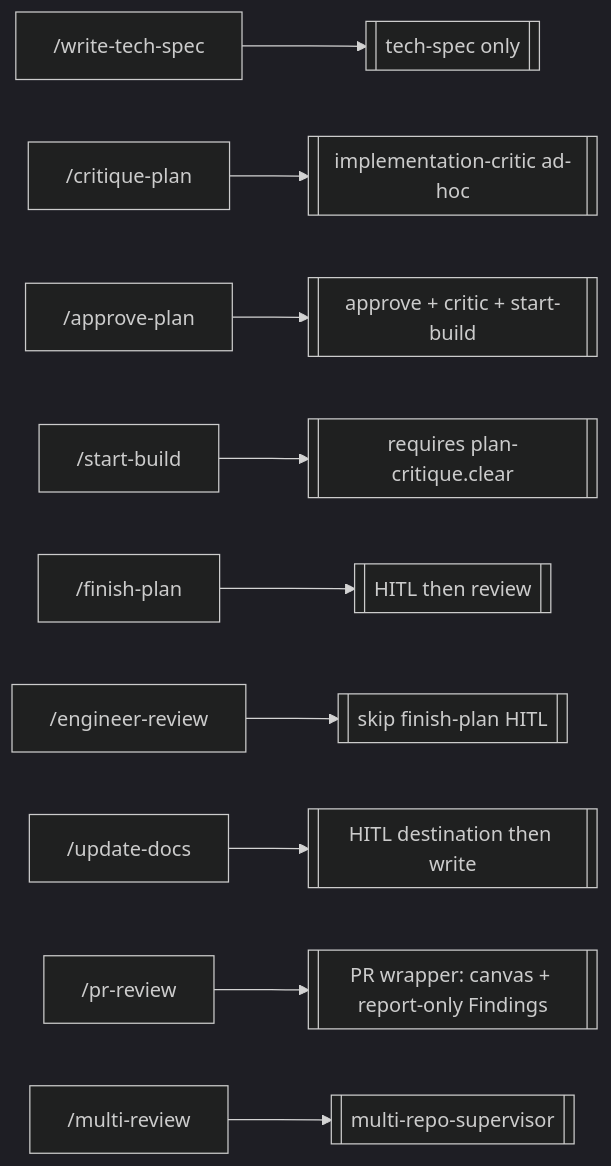
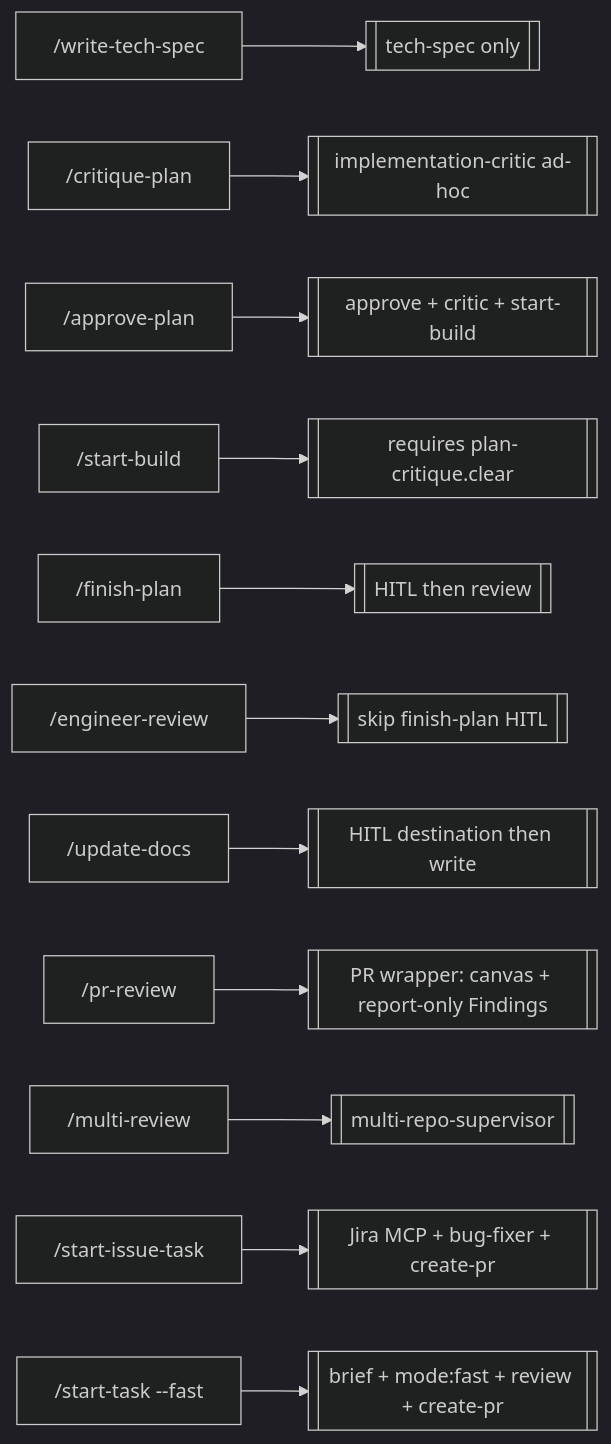
One commit to a-trembak/cursor-spells changed the ninth of 11 diagrams in docs/superpowers/pipeline-flow.md. Above: the diagram before and after it, drawn with Mermaid (dark theme). The commit also changed other lines of this file and 36 other files, not shown here.

First line of the commit message:
Add bug-fix issue/fast pipelines, create-pr finale, and AskQuestion always-on.

````diff
--- a/docs/superpowers/pipeline-flow.md
+++ b/docs/superpowers/pipeline-flow.md
@@ -342,12 +346,14 @@
 ```mermaid
 flowchart LR
   writeSpec["/write-tech-spec"] --> techOnly[["tech-spec only"]]
   critique["/critique-plan"] --> criticOnly[["implementation-critic ad-hoc"]]
   approve["/approve-plan"] --> approveFlow[["approve + critic + start-build"]]
   build["/start-build"] --> buildOnly[["requires plan-critique.clear"]]
   finish["/finish-plan"] --> finishFlow[["HITL then review"]]
   eng["/engineer-review"] --> reviewDirect[["skip finish-plan HITL"]]
   docs["/update-docs"] --> docsFlow[["HITL destination then write"]]
   pr["/pr-review"] --> prWrap[["PR wrapper: canvas + report-only Findings"]]
   multi["/multi-review"] --> multiDirect[["multi-repo-supervisor"]]
+  issue["/start-issue-task"] --> issuePipe[["Jira MCP + bug-fixer + create-pr"]]
+  fast["/start-task --fast"] --> fastPipe[["brief + mode:fast + review + create-pr"]]
 ```
````
